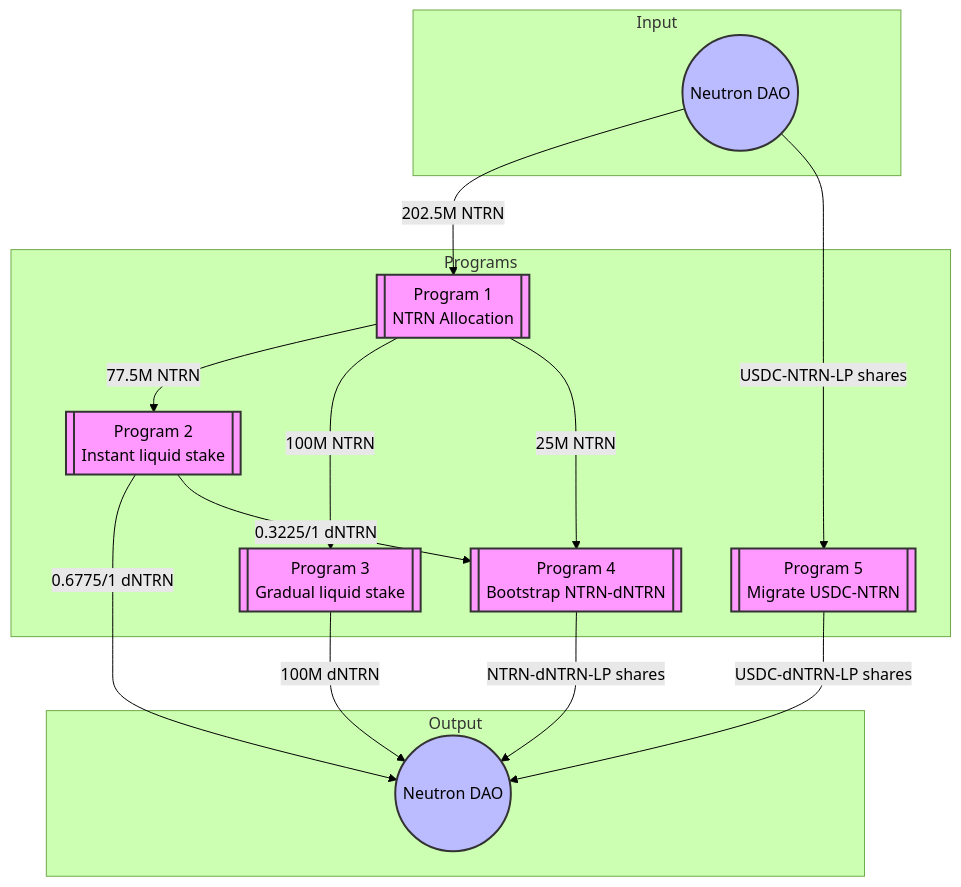
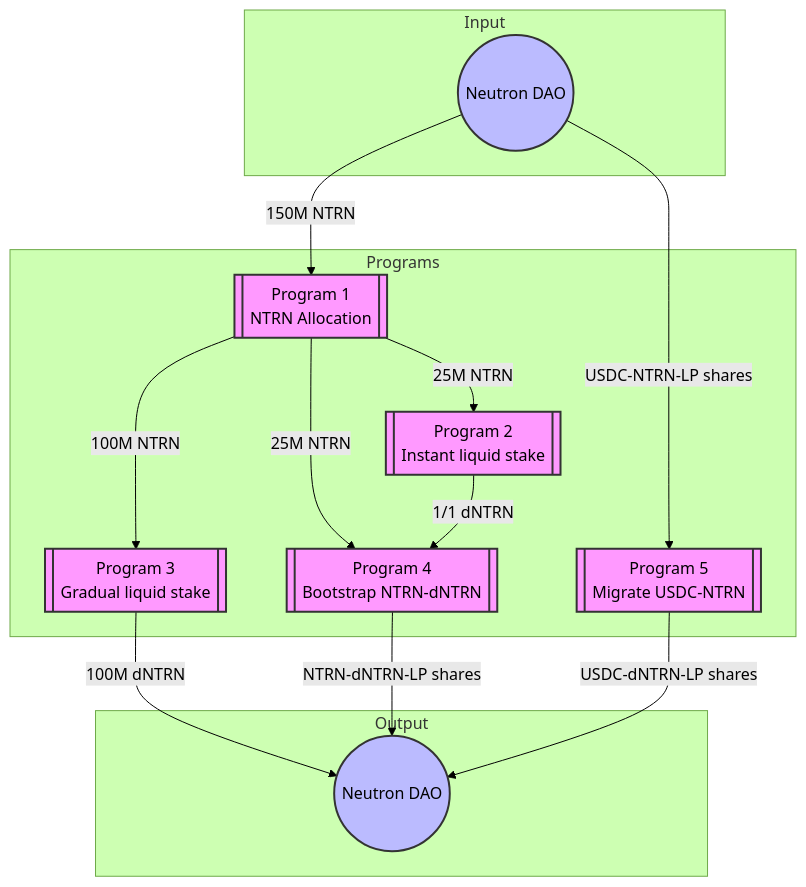
Before and after one commit to timewave-computer/timewave-program-deployments: the diagram in Neutron_dICS_Programs.md, drawn with Mermaid (forest theme). The commit also changed other lines of this file and 1 other file, not shown here.

````diff
--- a/Neutron_dICS_Programs.md
+++ b/Neutron_dICS_Programs.md
@@ -12,41 +12,40 @@
 ```mermaid
 graph TD;
     %% Define subgraphs for better organization
     subgraph Input
         N1((Neutron DAO))
     end
 
     subgraph Programs
         P1[[Program 1<br>NTRN Allocation]]
         P2[[Program 2<br>Instant liquid stake]]
         P3[[Program 3<br>Gradual liquid stake]]
         P4[[Program 4<br>Bootstrap NTRN-dNTRN]]
         P5[[Program 5<br>Migrate USDC-NTRN]]
     end
 
     subgraph Output
         N2((Neutron DAO))
     end
 
     %% Main NTRN flow
-    N1 --202.5M NTRN--> P1
-    P1 --77.5M NTRN--> P2
+    N1 --150M NTRN--> P1
+    P1 --25M NTRN--> P2
     P1 --100M NTRN--> P3
     P1 --25M NTRN--> P4
 
     %% Liquid staking flows
-    P2 --0.6775/1 dNTRN--> N2
-    P2 --0.3225/1 dNTRN--> P4
+    P2 --1/1 dNTRN--> P4
     P3 --100M dNTRN--> N2
 
     %% Liquidity flows
     P4 --NTRN-dNTRN-LP shares--> N2
     N1 --USDC-NTRN-LP shares--> P5
     P5 --USDC-dNTRN-LP shares--> N2
 
     %% Layout improvements
     classDef program fill:#f9f,stroke:#333,stroke-width:2px;
     classDef dao fill:#bbf,stroke:#333,stroke-width:2px;
     class P1,P2,P3,P4,P5 program;
     class N1,N2 dao;
 ```
````
